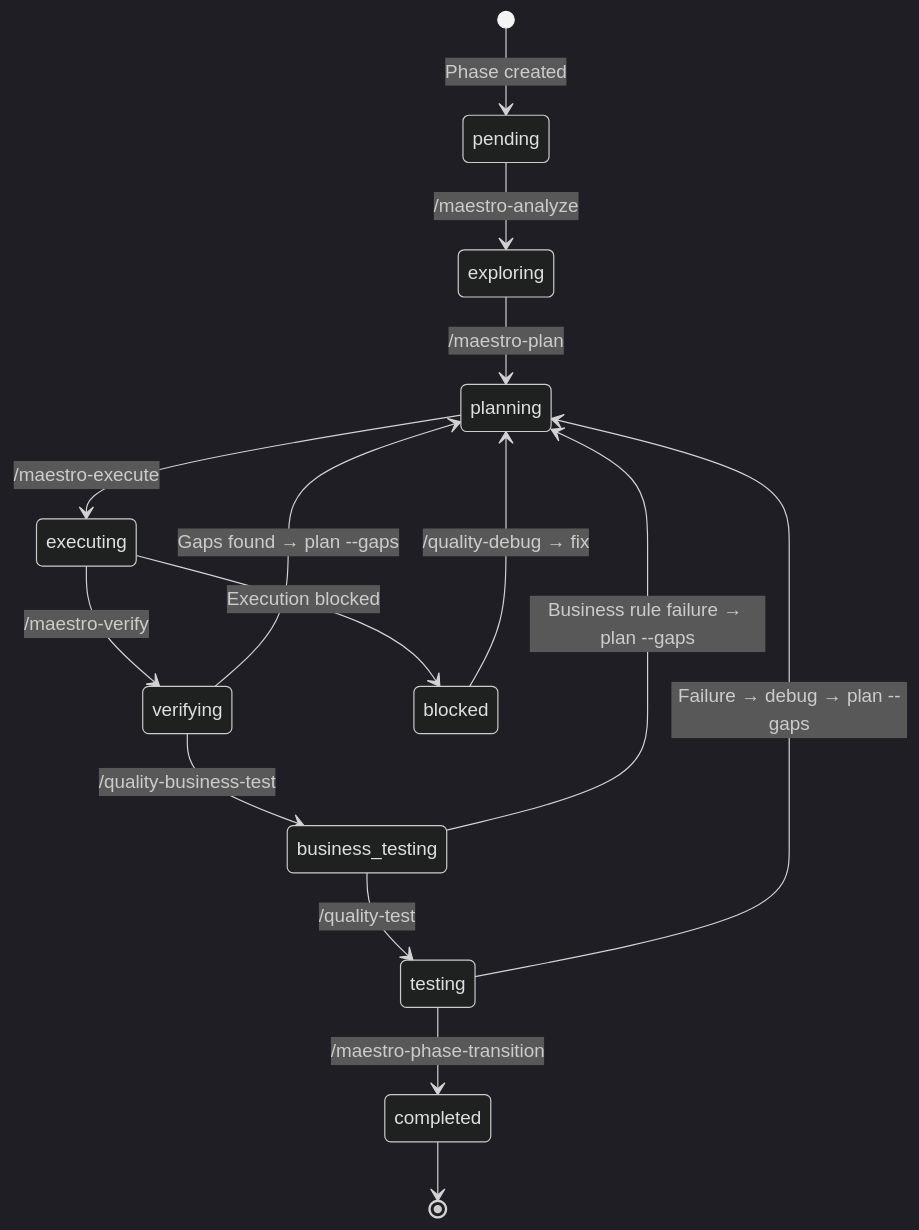
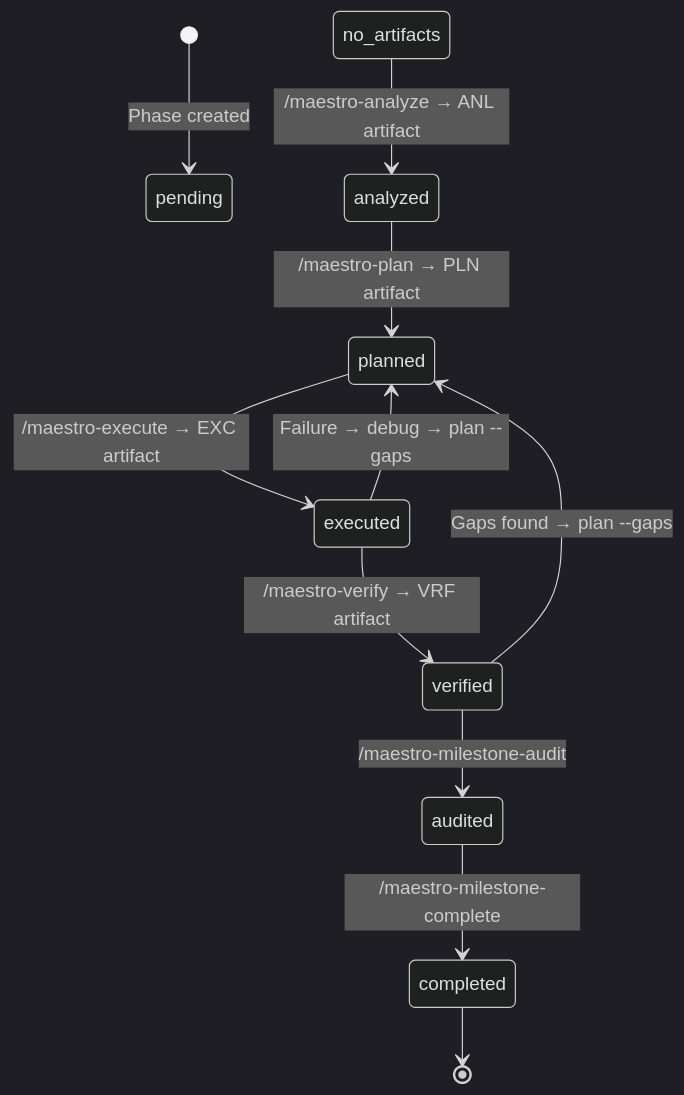
Before and after one commit to catlog22/maestro-flow: the fifth of 9 diagrams in guide/command-usage-guide.en.md, drawn with Mermaid (dark theme). The commit also changed other lines of this file and 47 other files, not shown here.

First line of the commit message:
refactor: replace phase-directory model with scratch-based artifact registry

````diff
--- a/guide/command-usage-guide.en.md
+++ b/guide/command-usage-guide.en.md
@@ -224,19 +222,14 @@
 ```mermaid
 stateDiagram-v2
     [*] --> pending: Phase created
-    pending --> exploring: /maestro-analyze
-    exploring --> planning: /maestro-plan
-    planning --> executing: /maestro-execute
-    executing --> verifying: /maestro-verify
-    verifying --> business_testing: /quality-business-test
-    business_testing --> testing: /quality-test
-    testing --> completed: /maestro-phase-transition
+    no_artifacts --> analyzed: /maestro-analyze → ANL artifact
+    analyzed --> planned: /maestro-plan → PLN artifact
+    planned --> executed: /maestro-execute → EXC artifact
+    executed --> verified: /maestro-verify → VRF artifact
+    verified --> audited: /maestro-milestone-audit
+    audited --> completed: /maestro-milestone-complete
     completed --> [*]
 
-    business_testing --> planning: Business rule failure → plan --gaps
-
-    verifying --> planning: Gaps found → plan --gaps
-    testing --> planning: Failure → debug → plan --gaps
-    executing --> blocked: Execution blocked
-    blocked --> planning: /quality-debug → fix
+    verified --> planned: Gaps found → plan --gaps
+    executed --> planned: Failure → debug → plan --gaps
 ```
````
